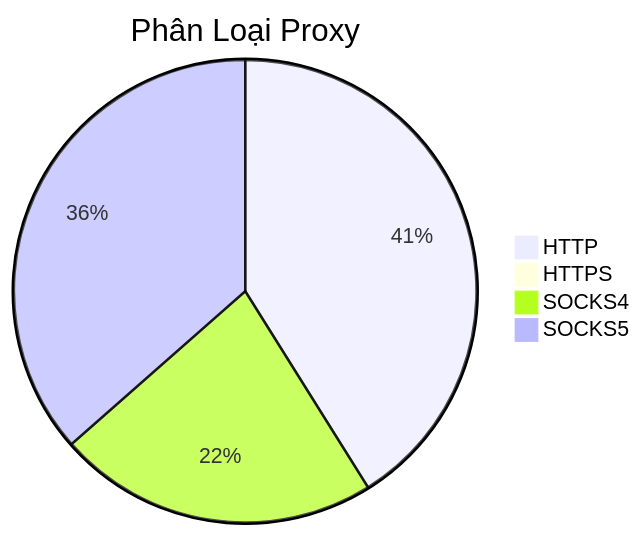
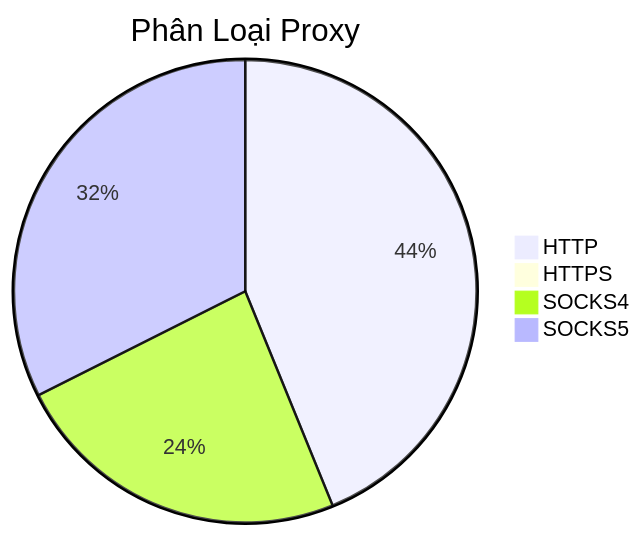
One commit to Ciara-12/PROXY-free changed the diagram in README.md. Above: the diagram before and after it, drawn with Mermaid. The commit also changed other lines of this file and 3 other files, not shown here.

````diff
--- a/README.md
+++ b/README.md
@@ -26,7 +26,7 @@
 ```mermaid
 pie title Phân Loại Proxy
-    "HTTP" : 517
+    "HTTP" : 587
     "HTTPS" : 0
-    "SOCKS4" : 282
-    "SOCKS5" : 459
+    "SOCKS4" : 318
+    "SOCKS5" : 434
 ```
````
